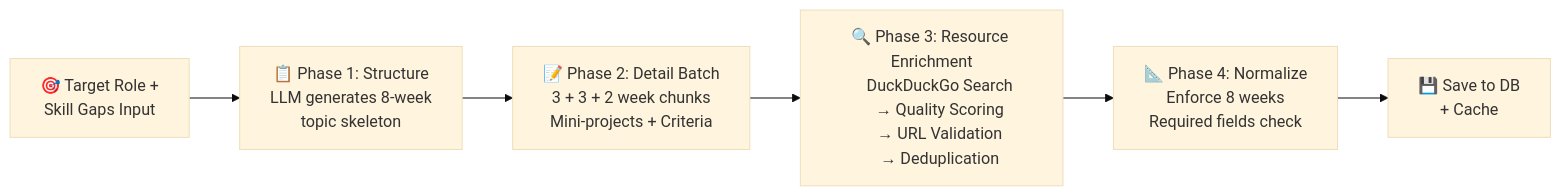
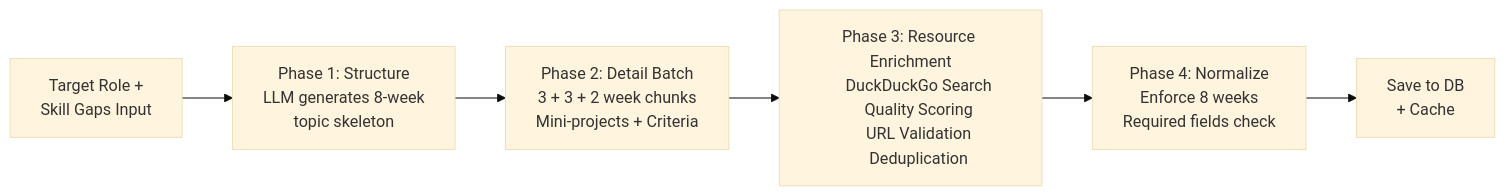
Before and after one commit to Anil-Pradhan-web/ai-career-mentor: the fifth of 12 diagrams in README.md, drawn with Mermaid (base theme). The commit also changed other lines of this file and 2 other files, not shown here.

Commit message:
docs: add high-resolution system architecture diagram image to README.md and ARCHITECTURE.md

````diff
--- a/README.md
+++ b/README.md
@@ -278,20 +278,20 @@
 ```mermaid
 flowchart LR
-    A["🎯 Target Role +
-    Skill Gaps Input"] --> B["📋 Phase 1: Structure
+    A["Target Role +
+    Skill Gaps Input"] --> B["Phase 1: Structure
     LLM generates 8-week
     topic skeleton"]
-    B --> C["📝 Phase 2: Detail Batch
+    B --> C["Phase 2: Detail Batch
     3 + 3 + 2 week chunks
     Mini-projects + Criteria"]
-    C --> D["🔍 Phase 3: Resource Enrichment
+    C --> D["Phase 3: Resource Enrichment
     DuckDuckGo Search
-    → Quality Scoring
-    → URL Validation
-    → Deduplication"]
-    D --> E["📐 Phase 4: Normalize
+    Quality Scoring
+    URL Validation
+    Deduplication"]
+    D --> E["Phase 4: Normalize
     Enforce 8 weeks
     Required fields check"]
-    E --> F["💾 Save to DB
+    E --> F["Save to DB
     + Cache"]
 ```
````
